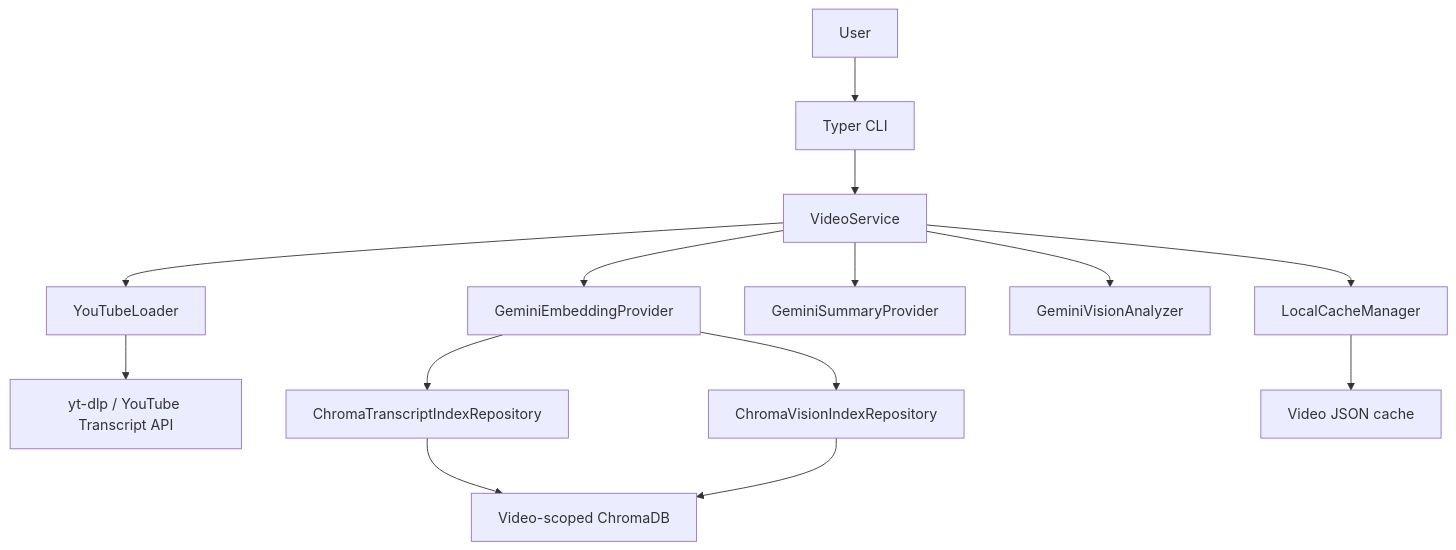
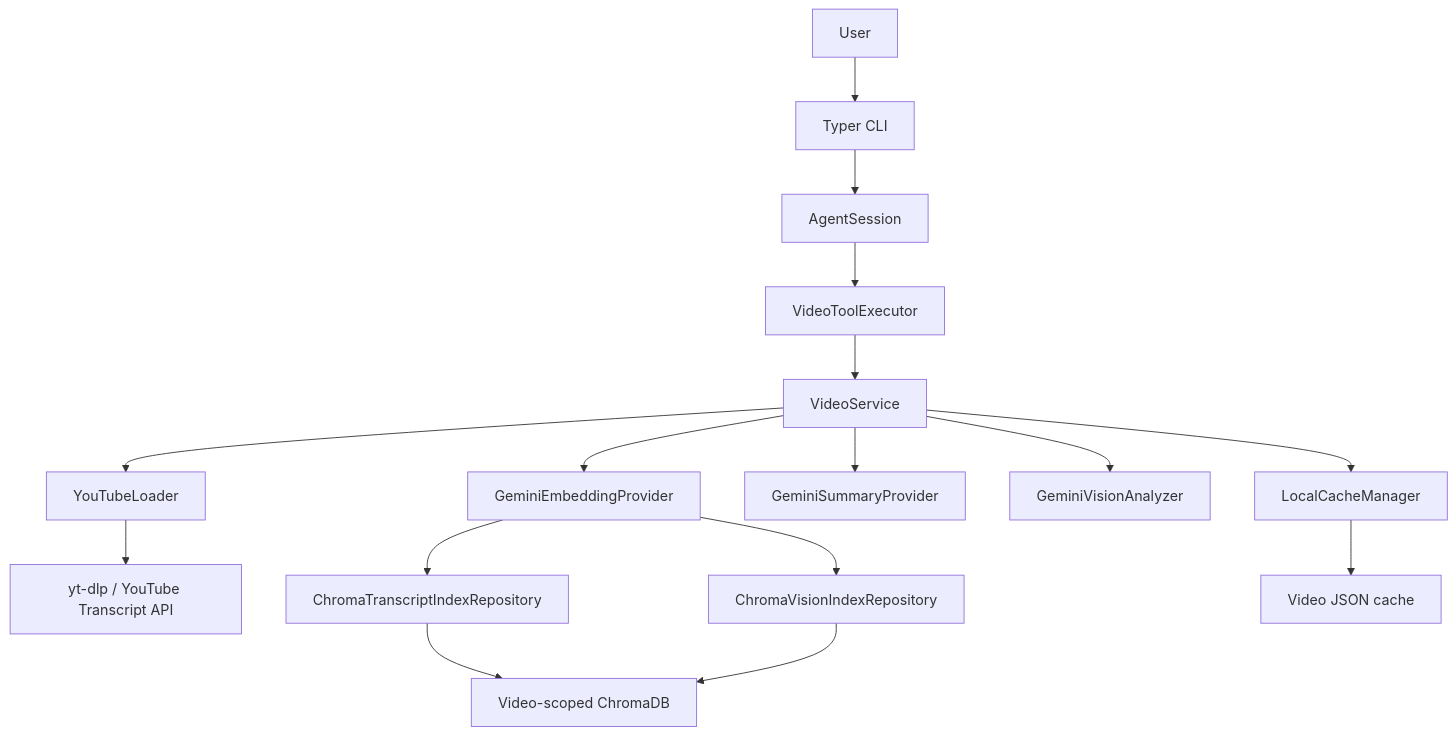
One commit to kwangsung-ha/jesse-agent changed the first of 2 diagrams in docs/design.md. Above: the diagram before and after it, drawn with Mermaid. The commit also changed other lines of this file and 24 other files, not shown here.

Commit message:
feat: add natural language agent cli

````diff
--- a/docs/design.md
+++ b/docs/design.md
@@ -9,16 +9,18 @@
 ```mermaid
 graph TD
     User[User] --> CLI[Typer CLI]
-    CLI --> Service[VideoService]
+    CLI --> Agent[AgentSession]
+    Agent --> Tools[VideoToolExecutor]
+    Tools --> Service[VideoService]
     Service --> Cache[LocalCacheManager]
     Service --> Loader[YouTubeLoader]
     Loader --> YT[yt-dlp / YouTube Transcript API]
     Service --> Summary[GeminiSummaryProvider]
     Service --> Vision[GeminiVisionAnalyzer]
     Service --> Embed[GeminiEmbeddingProvider]
     Embed --> TextRepo[ChromaTranscriptIndexRepository]
     Embed --> VisionRepo[ChromaVisionIndexRepository]
     Cache --> JSON[Video JSON cache]
     TextRepo --> Chroma[Video-scoped ChromaDB]
     VisionRepo --> Chroma
 ```
````
